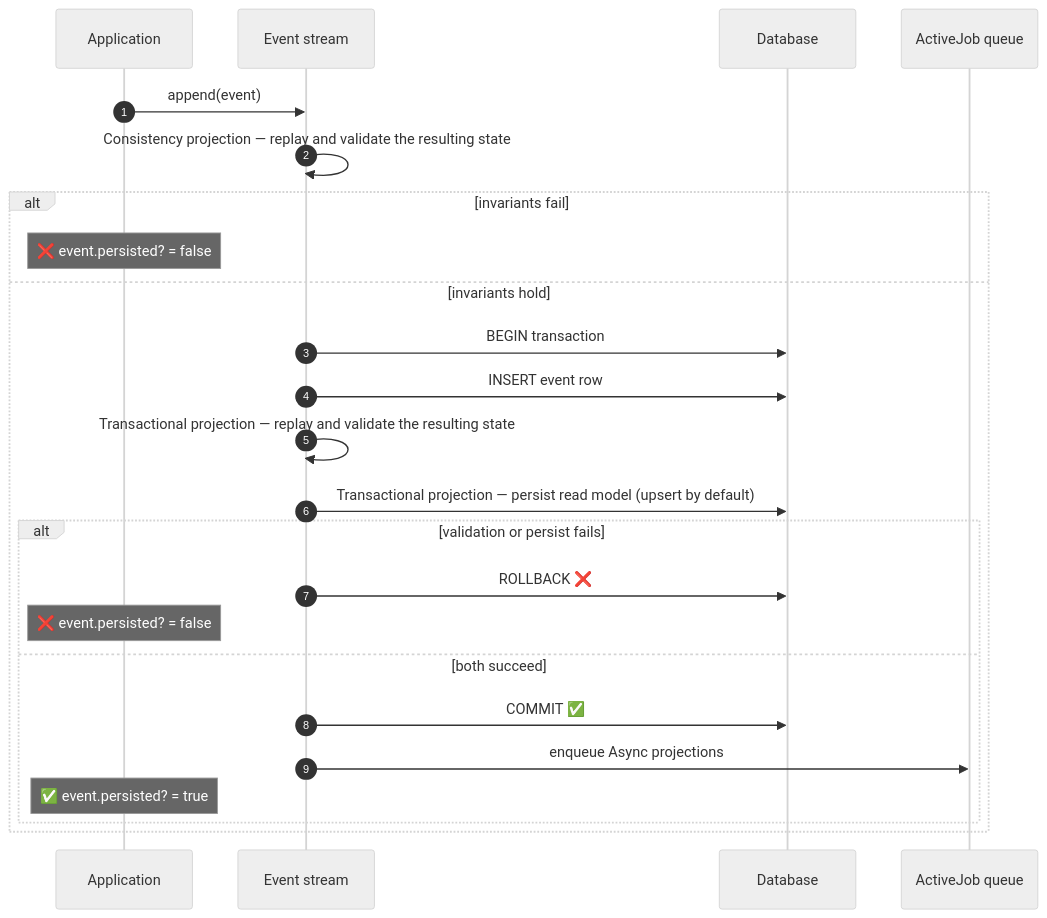
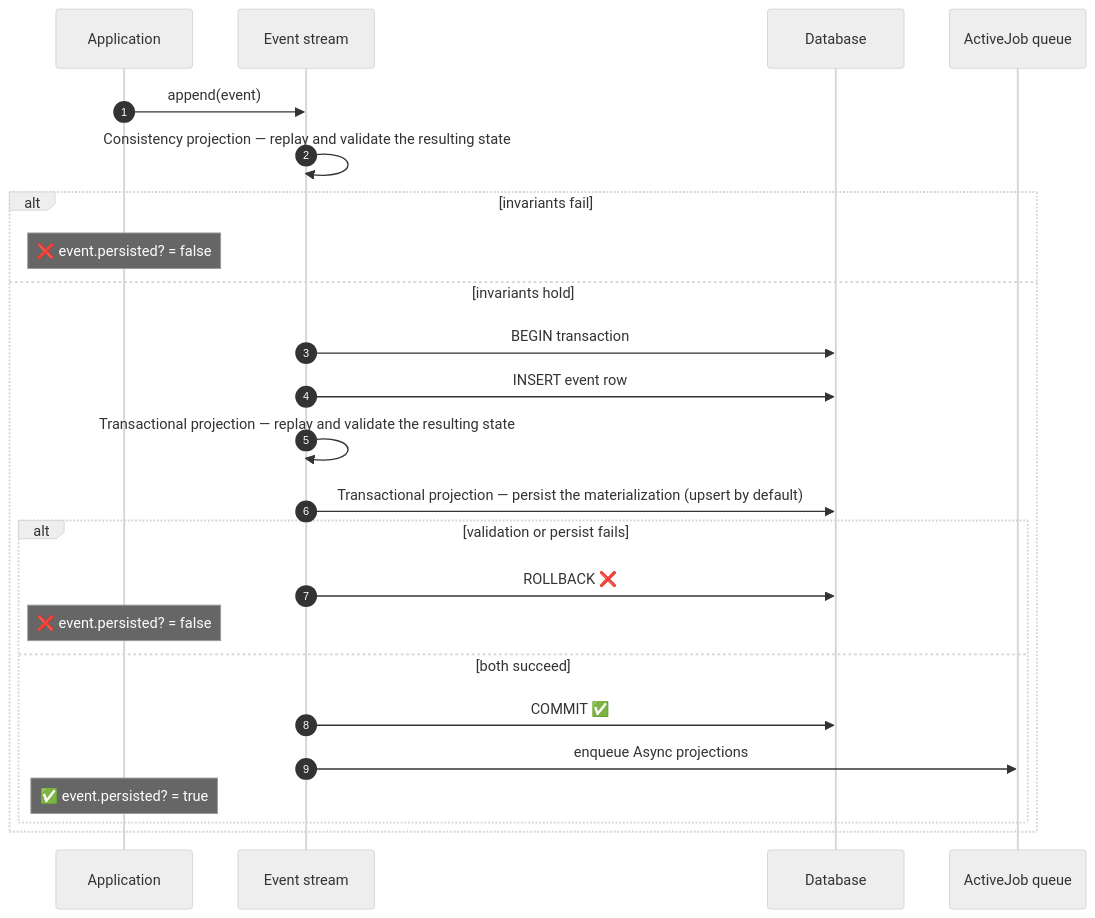
One commit to funes-org/funes changed the diagram in guides/concepts/projection.md. Above: the diagram before and after it, drawn with Mermaid (neutral theme). The commit also changed other lines of this file and 24 other files, not shown here.

````diff
--- a/guides/concepts/projection.md
+++ b/guides/concepts/projection.md
@@ -135,27 +135,27 @@
 ```mermaid
 sequenceDiagram
     autonumber
     participant App as Application
     participant Stream as Event stream
     participant DB as Database
     participant Job as ActiveJob queue
 
     App->>Stream: append(event)
     Stream->>Stream: Consistency projection — replay and validate the resulting state
     alt invariants fail
         Note over App: ❌ event.persisted? = false
     else invariants hold
         Stream->>DB: BEGIN transaction
         Stream->>DB: INSERT event row
         Stream->>Stream: Transactional projection — replay and validate the resulting state
-        Stream->>DB: Transactional projection — persist read model (upsert by default)
+        Stream->>DB: Transactional projection — persist the materialization (upsert by default)
         alt validation or persist fails
             Stream->>DB: ROLLBACK ❌
             Note over App: ❌ event.persisted? = false
         else both succeed
             Stream->>DB: COMMIT ✅
             Stream->>Job: enqueue Async projections
             Note over App: ✅ event.persisted? = true
         end
     end
 ```
````
